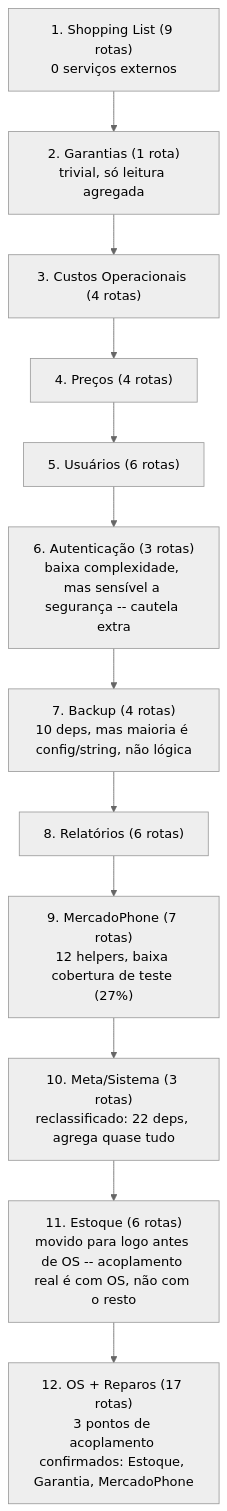
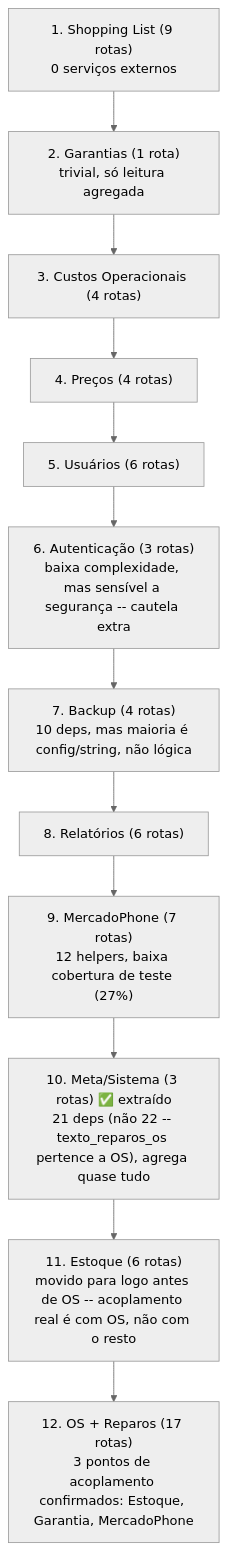
Before and after one commit to TaldoDustin/assistencia_system: the diagram in docs/engineering/API_DEPENDENCY_MATRIX.md, drawn with Mermaid (neutral theme). The commit also changed other lines of this file and 7 other files, not shown here.

````diff
--- a/docs/engineering/API_DEPENDENCY_MATRIX.md
+++ b/docs/engineering/API_DEPENDENCY_MATRIX.md
@@ -74,14 +74,14 @@
 ```mermaid
 flowchart TD
     A["1. Shopping List (9 rotas)<br/>0 serviços externos"] --> B["2. Garantias (1 rota)<br/>trivial, só leitura agregada"]
     B --> C["3. Custos Operacionais (4 rotas)"]
     C --> D["4. Preços (4 rotas)"]
     D --> E["5. Usuários (6 rotas)"]
     E --> F["6. Autenticação (3 rotas)<br/>baixa complexidade, mas sensível a segurança -- cautela extra"]
     F --> G["7. Backup (4 rotas)<br/>10 deps, mas maioria é config/string, não lógica"]
     G --> H["8. Relatórios (6 rotas)"]
     H --> I["9. MercadoPhone (7 rotas)<br/>12 helpers, baixa cobertura de teste (27%)"]
-    I --> J["10. Meta/Sistema (3 rotas)<br/>reclassificado: 22 deps, agrega quase tudo"]
+    I --> J["10. Meta/Sistema (3 rotas) ✅ extraído<br/>21 deps (não 22 -- texto_reparos_os pertence a OS), agrega quase tudo"]
     J --> K["11. Estoque (6 rotas)<br/>movido para logo antes de OS -- acoplamento real é com OS, não com o resto"]
     K --> L["12. OS + Reparos (17 rotas)<br/>3 pontos de acoplamento confirmados: Estoque, Garantia, MercadoPhone"]
 ```
````
